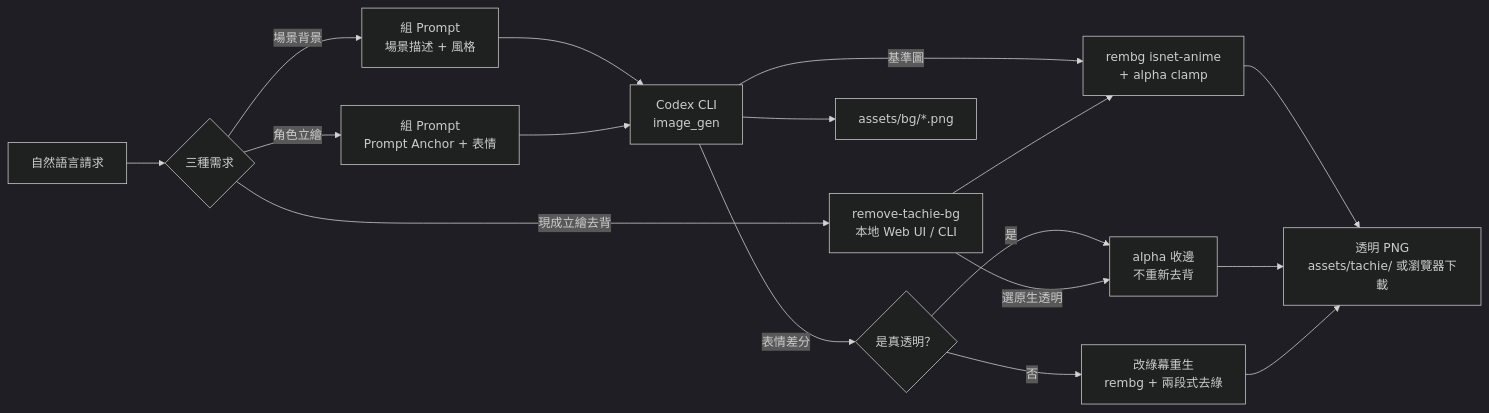
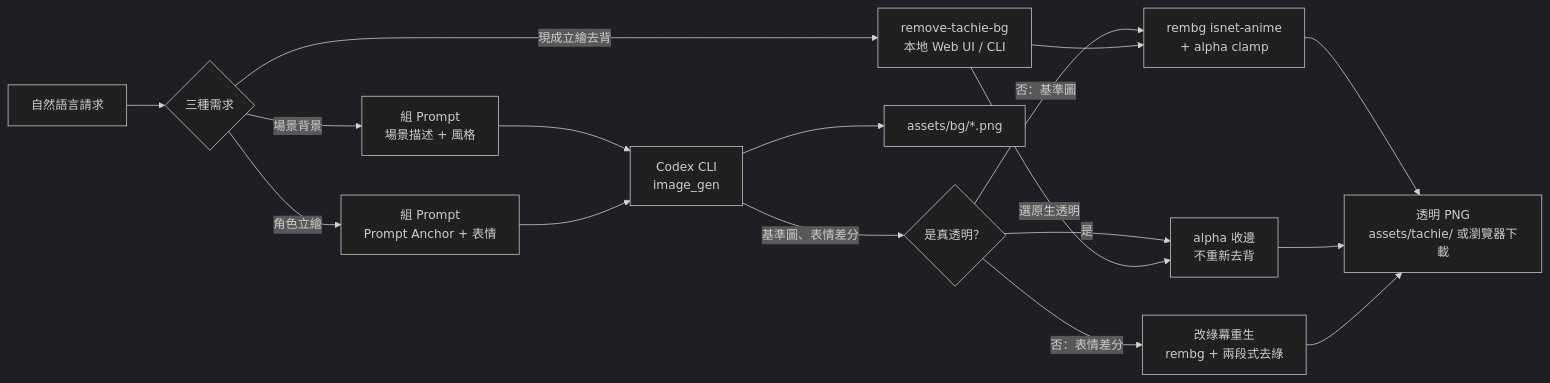
One commit to tznthou/tachie-forge changed the diagram in README.md. Above: the diagram before and after it, drawn with Mermaid (dark theme). The commit also changed other lines of this file and 3 other files, not shown here.

First line of the commit message:
feat(tachie): base image goes native-first, rembg only as the fallback

````diff
--- a/README.md
+++ b/README.md
@@ -31,19 +31,19 @@
 ```mermaid
 flowchart LR
     User["自然語言請求"] --> Route{"三種需求"}
     Route -->|場景背景| PromptBG["組 Prompt<br/>場景描述 + 風格"]
     Route -->|角色立繪| PromptChar["組 Prompt<br/>Prompt Anchor + 表情"]
     Route -->|現成立繪去背| WebUI["remove-tachie-bg<br/>本地 Web UI / CLI"]
     PromptBG --> Codex["Codex CLI<br/>image_gen"]
     PromptChar --> Codex
     Codex --> RawBG["assets/bg/*.png"]
-    Codex -->|基準圖| Rembg["rembg isnet-anime<br/>+ alpha clamp"]
-    Codex -->|表情差分| Native{"是真透明？"}
+    Codex -->|基準圖、表情差分| Native{"是真透明？"}
     Native -->|是| Finalize["alpha 收邊<br/>不重新去背"]
-    Native -->|否| Green["改綠幕重生<br/>rembg + 兩段式去綠"]
+    Native -->|否：基準圖| Rembg["rembg isnet-anime<br/>+ alpha clamp"]
+    Native -->|否：表情差分| Green["改綠幕重生<br/>rembg + 兩段式去綠"]
     WebUI --> Rembg
     WebUI -->|選原生透明| Finalize
     Rembg --> OutChar["透明 PNG<br/>assets/tachie/ 或瀏覽器下載"]
     Finalize --> OutChar
     Green --> OutChar
 ```
````
